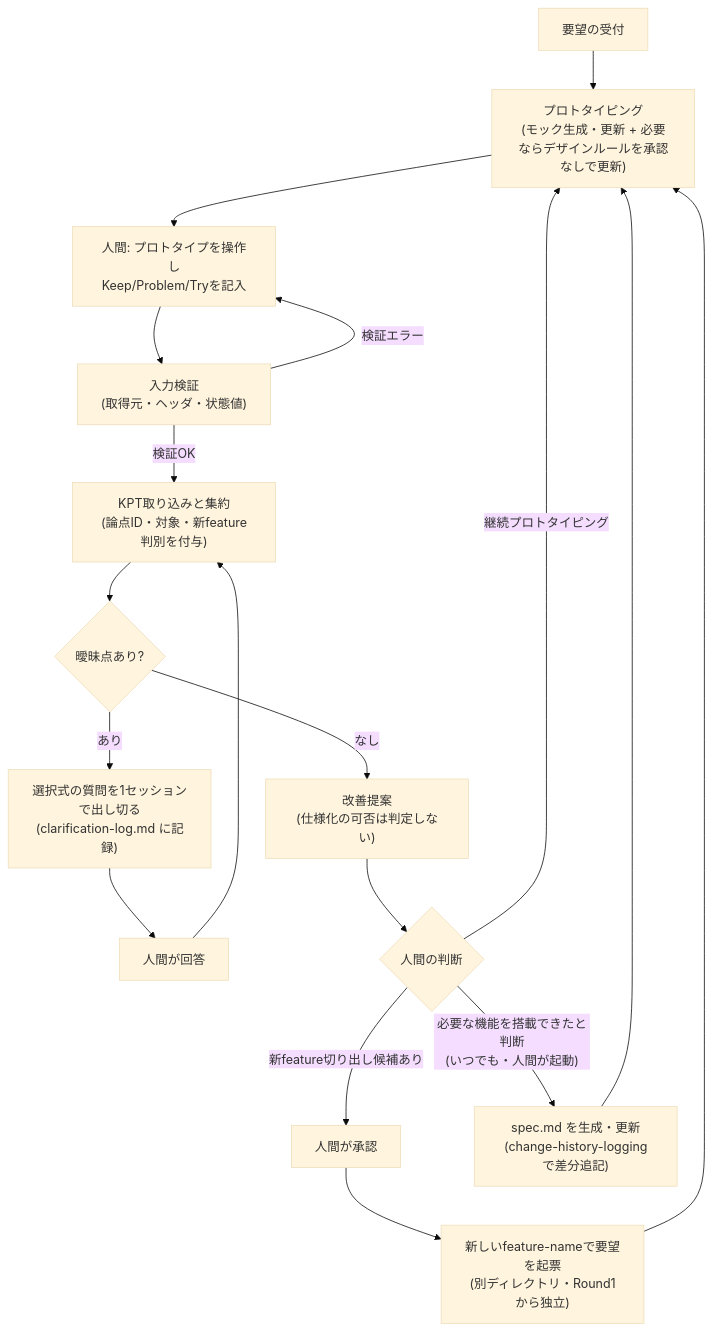
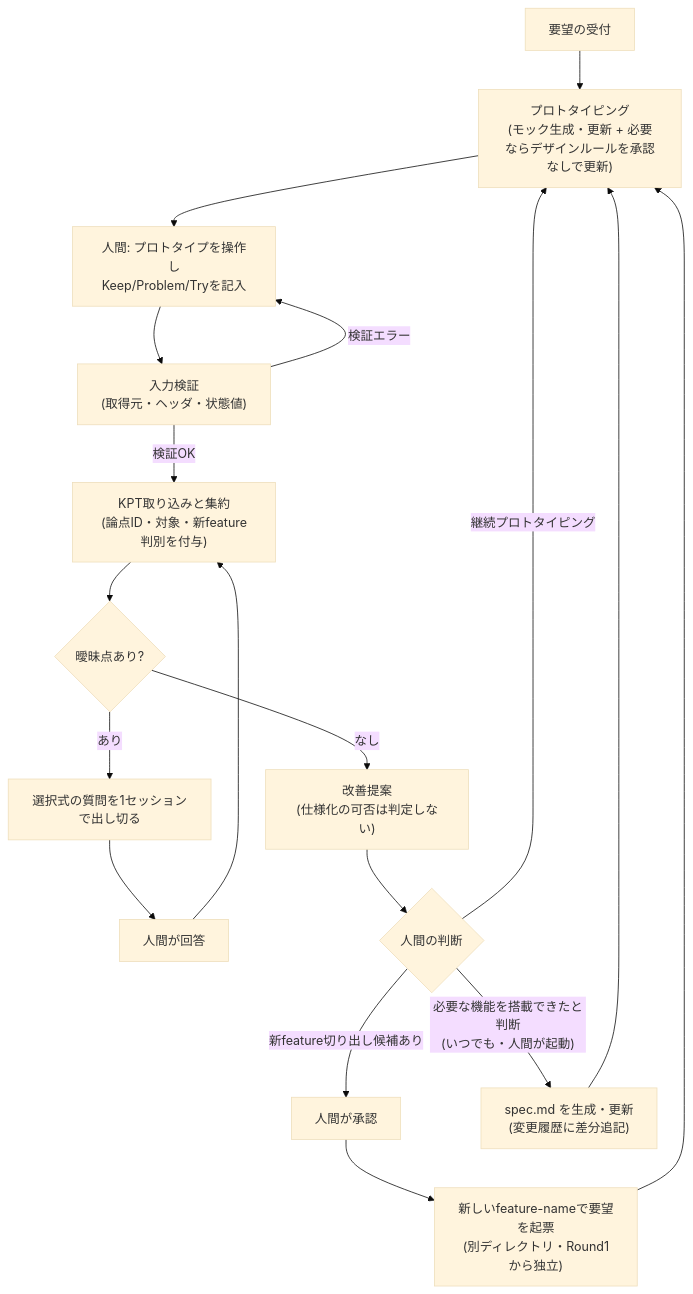
One commit to Aco-Lone/kpt-spec-proposer changed the diagram in docs/process/prototype-driven-flow.md. Above: the diagram before and after it, drawn with Mermaid (base theme). The commit also changed other lines of this file and 8 other files, not shown here.

````diff
--- a/docs/process/prototype-driven-flow.md
+++ b/docs/process/prototype-driven-flow.md
@@ -35,20 +33,20 @@
 ```mermaid
 flowchart TD
     A[要望の受付] --> B["プロトタイピング\n(モック生成・更新 + 必要ならデザインルールを承認なしで更新)"]
     B --> C["人間: プロトタイプを操作し\nKeep/Problem/Tryを記入"]
     C --> D["入力検証\n(取得元・ヘッダ・状態値)"]
     D -- 検証エラー --> C
     D -- 検証OK --> E["KPT取り込みと集約\n(論点ID・対象・新feature判別を付与)"]
     E --> F{曖昧点あり?}
-    F -- あり --> G["選択式の質問を1セッションで出し切る\n(clarification-log.md に記録)"]
+    F -- あり --> G["選択式の質問を1セッションで出し切る"]
     G --> H["人間が回答"]
     H --> E
     F -- なし --> I["改善提案\n(仕様化の可否は判定しない)"]
     I --> J{人間の判断}
     J -- 継続プロトタイピング --> B
     J -- 新feature切り出し候補あり --> K["人間が承認"]
     K --> L["新しいfeature-nameで要望を起票\n(別ディレクトリ・Round1から独立)"]
     L --> B
-    J -- "必要な機能を搭載できたと判断\n(いつでも・人間が起動)" --> M["spec.md を生成・更新\n(change-history-loggingで差分追記)"]
+    J -- "必要な機能を搭載できたと判断\n(いつでも・人間が起動)" --> M["spec.md を生成・更新\n(変更履歴に差分追記)"]
     M --> B
 ```
````
